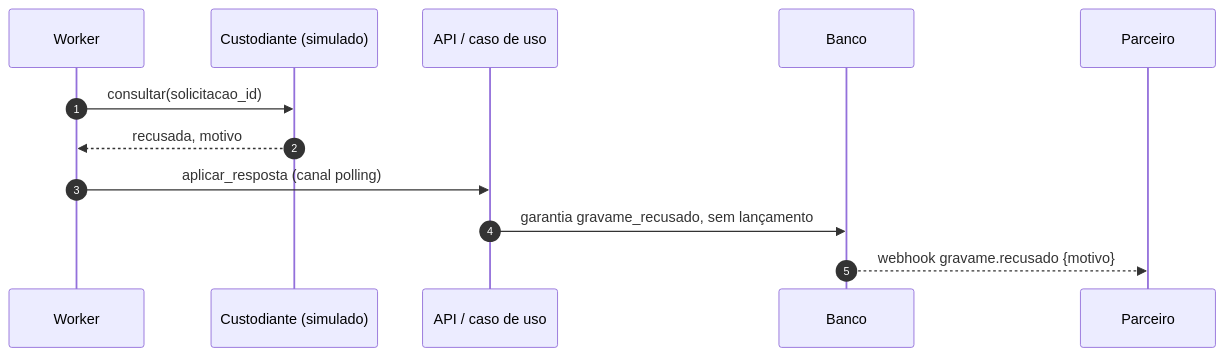
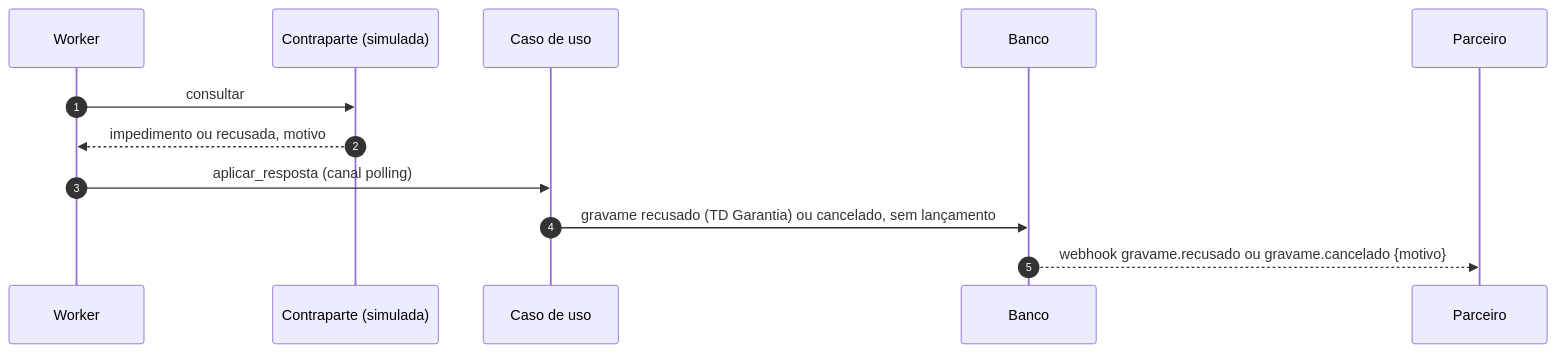
One commit to EnzoRenato16/limite-garantido-api changed diagram 11 of 13 in docs/arquitetura.md. Above: the diagram before and after it, drawn with Mermaid. The commit also changed other lines of this file and 23 other files, not shown here.

````diff
--- a/docs/arquitetura.md
+++ b/docs/arquitetura.md
@@ -346,14 +388,14 @@
 ```mermaid
 sequenceDiagram
     autonumber
     participant W as Worker
-    participant C as Custodiante (simulado)
-    participant A as API / caso de uso
+    participant C as Contraparte (simulada)
+    participant A as Caso de uso
     participant B as Banco
     participant P as Parceiro
-    W->>C: consultar(solicitacao_id)
-    C-->>W: recusada, motivo
+    W->>C: consultar
+    C-->>W: impedimento ou recusada, motivo
     W->>A: aplicar_resposta (canal polling)
-    A->>B: garantia gravame_recusado, sem lançamento
-    B-->>P: webhook gravame.recusado {motivo}
+    A->>B: gravame recusado (TD Garantia) ou cancelado, sem lançamento
+    B-->>P: webhook gravame.recusado ou gravame.cancelado {motivo}
 ```
````
